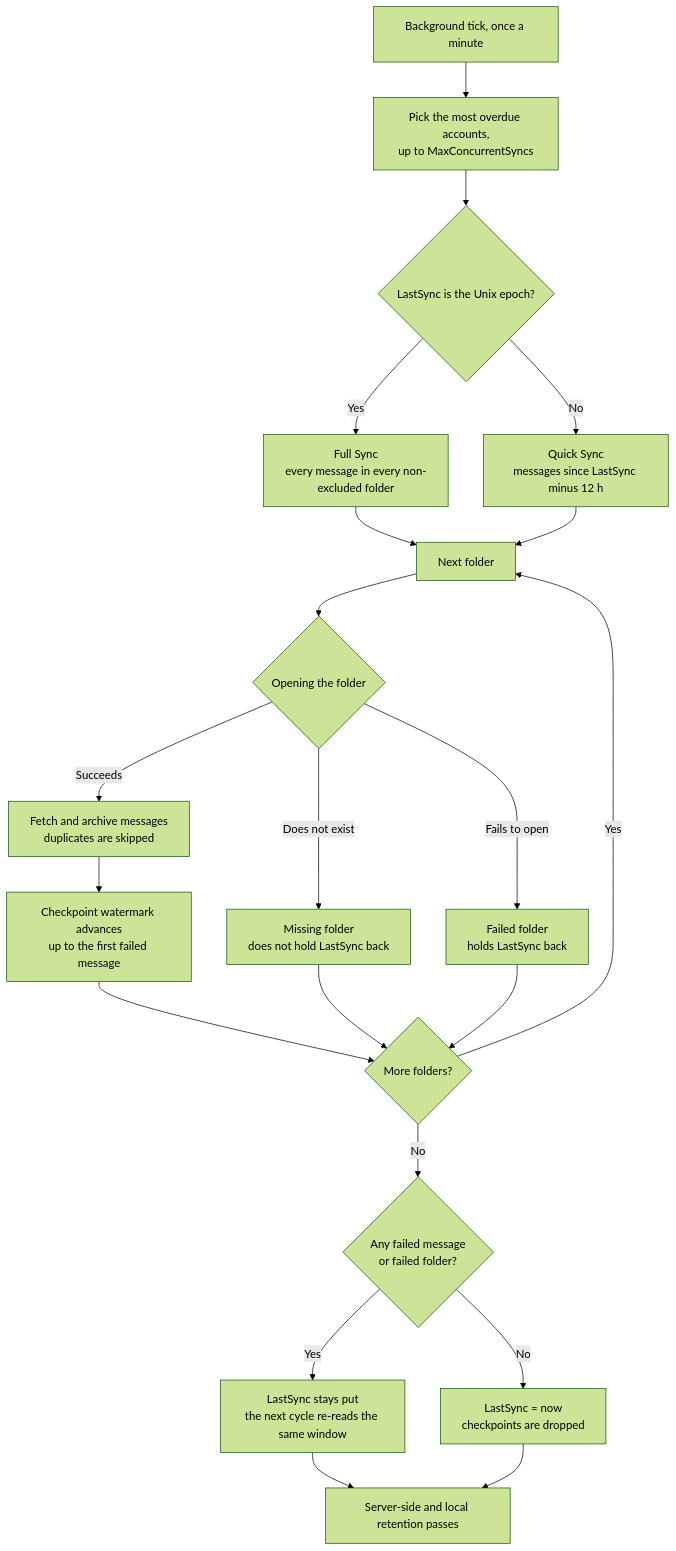
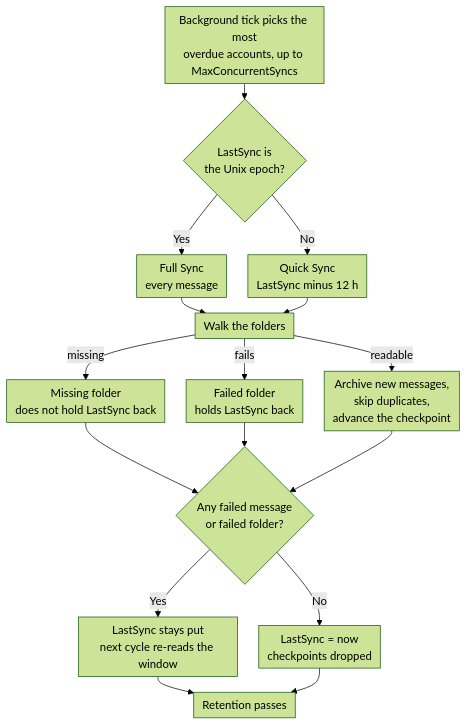
Before and after one commit to s1t5/mail-archiver: the diagram in doc/Synchronization.md, drawn with Mermaid (forest theme).

First paragraph of the commit message:
docs: make the sync diagram shorter
The sync cycle diagram rendered 1708 px tall against a 733 px content
column, which pushed the point of the diagram -- the LastSync decision --
well below the fold.

````diff
--- a/doc/Synchronization.md
+++ b/doc/Synchronization.md
@@ -22,23 +22,19 @@
 ```mermaid
+%%{init: {"flowchart": {"rankSpacing": 22, "nodeSpacing": 30, "padding": 6}}}%%
 flowchart TD
-    A[Background tick, once a minute] --> B[Pick the most overdue accounts,<br/>up to MaxConcurrentSyncs]
-    B --> C{LastSync is the Unix epoch?}
-    C -->|Yes| D[Full Sync<br/>every message in every non-excluded folder]
-    C -->|No| E[Quick Sync<br/>messages since LastSync minus 12 h]
-    D --> F[Next folder]
-    E --> F
-    F --> G{Opening the folder}
-    G -->|Does not exist| H[Missing folder<br/>does not hold LastSync back]
-    G -->|Fails to open| I[Failed folder<br/>holds LastSync back]
-    G -->|Succeeds| J[Fetch and archive messages<br/>duplicates are skipped]
-    J --> K[Checkpoint watermark advances<br/>up to the first failed message]
-    K --> L{More folders?}
-    H --> L
-    I --> L
-    L -->|Yes| F
-    L -->|No| M{Any failed message<br/>or failed folder?}
-    M -->|Yes| N[LastSync stays put<br/>the next cycle re-reads the same window]
-    M -->|No| O[LastSync = now<br/>checkpoints are dropped]
-    N --> P[Server-side and local retention passes]
-    O --> P
+    A[Background tick picks the most<br/>overdue accounts, up to MaxConcurrentSyncs] --> B{LastSync is<br/>the Unix epoch?}
+    B -->|Yes| C[Full Sync<br/>every message]
+    B -->|No| D[Quick Sync<br/>LastSync minus 12 h]
+    C --> E[Walk the folders]
+    D --> E
+    E -->|missing| F[Missing folder<br/>does not hold LastSync back]
+    E -->|fails| G[Failed folder<br/>holds LastSync back]
+    E -->|readable| H[Archive new messages,<br/>skip duplicates,<br/>advance the checkpoint]
+    F --> I{Any failed message<br/>or failed folder?}
+    G --> I
+    H --> I
+    I -->|Yes| J[LastSync stays put<br/>next cycle re-reads the window]
+    I -->|No| K[LastSync = now<br/>checkpoints dropped]
+    J --> L[Retention passes]
+    K --> L
 ```
````
